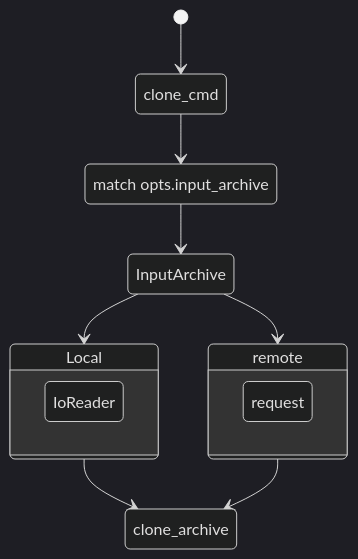
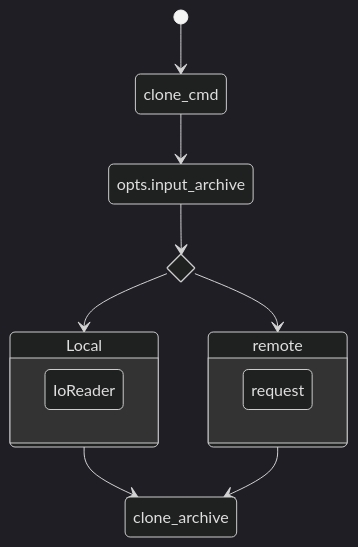
One commit to softtiny/docs.bita changed the second of 2 diagrams in markdowns/clone_cmd.md. Above: the diagram before and after it, drawn with Mermaid (dark theme).

Commit message:
:construction: Work in progress.

````diff
--- a/markdowns/clone_cmd.md
+++ b/markdowns/clone_cmd.md
@@ -34,18 +34,19 @@
 ```mermaid
 stateDiagram-v2
-    match_input: match opts.input_archive
+    state match_url <<choice>>
+    match_input: opts.input_archive
    
     [*] --> clone_cmd
     clone_cmd --> match_input
-    match_input --> InputArchive
+    match_input --> match_url
     state Local {
         IoReader
     }
-    InputArchive --> Local
+    match_url --> Local
     state remote {
         request 
     }
-    InputArchive --> remote
+    match_url --> remote
     Local --> clone_archive
     remote --> clone_archive
 ```
````
